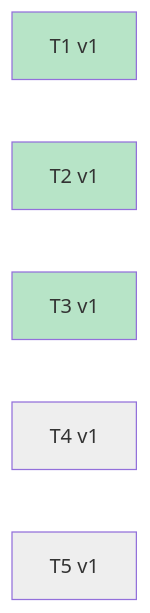
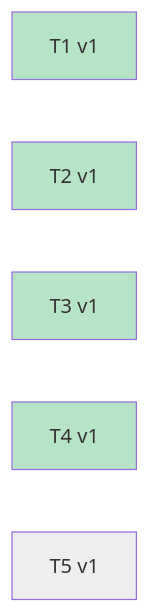
One commit to Curry09/AHE-Beta changed diagram 41 of 41 in docs/specs/OVERVIEW.md. Above: the diagram before and after it, drawn with Mermaid. The commit also changed other lines of this file and 3 other files, not shown here.

````diff
--- a/docs/specs/OVERVIEW.md
+++ b/docs/specs/OVERVIEW.md
@@ -886,15 +886,15 @@
 ```mermaid
 graph LR
     v_T1_1["T1 v1"]
     v_T2_1["T2 v1"]
     v_T3_1["T3 v1"]
     v_T4_1["T4 v1"]
     v_T5_1["T5 v1"]
     classDef st_done fill:#b7e4c7;
     classDef st_pending fill:#eeeeee;
     class v_T1_1 st_done;
     class v_T2_1 st_done;
     class v_T3_1 st_done;
-    class v_T4_1 st_pending;
+    class v_T4_1 st_done;
     class v_T5_1 st_pending;
 ```
````
